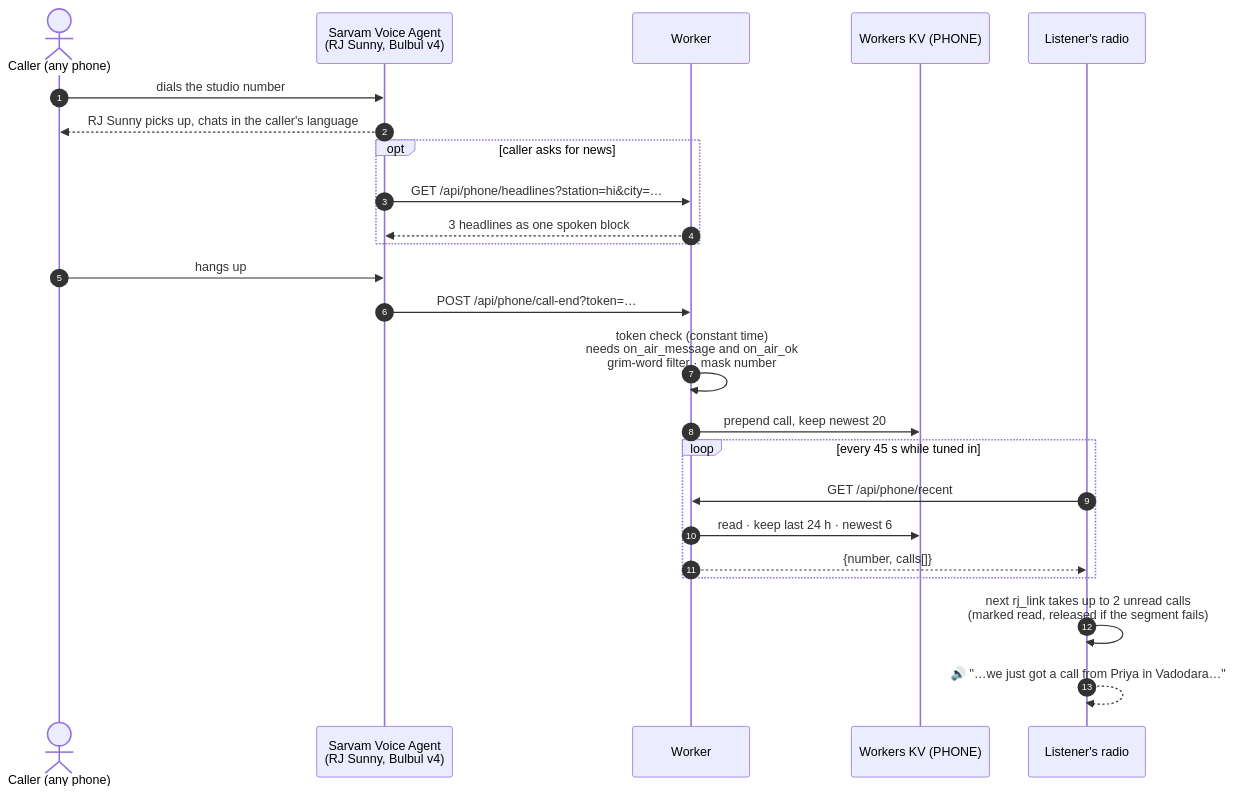
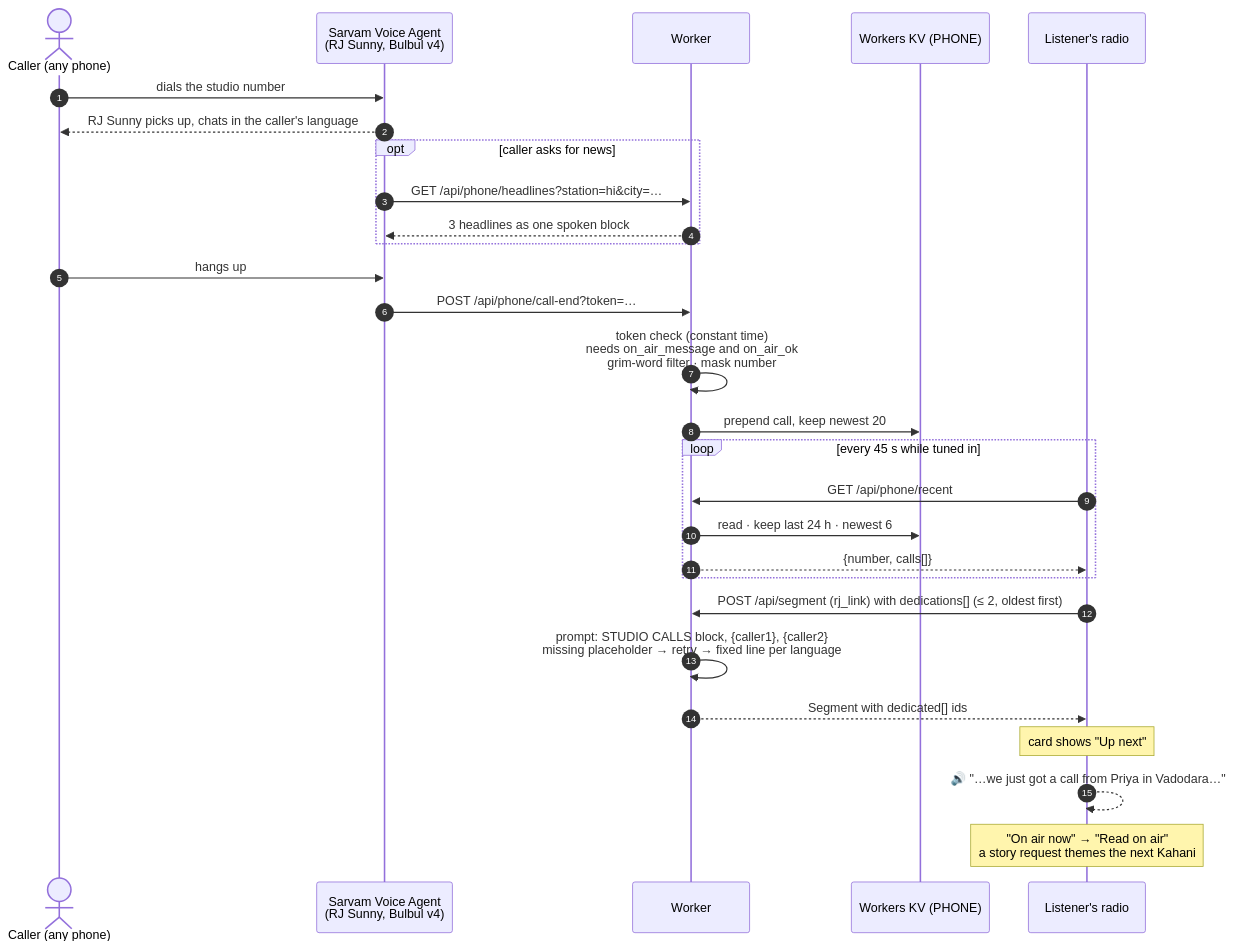
One commit to harshbhx/tarang-fm changed diagram 12 of 16 in docs/ARCHITECTURE.md. Above: the diagram before and after it, drawn with Mermaid. The commit also changed other lines of this file and 14 other files, not shown here.

First line of the commit message:
fix(phone): make the RJ read every studio call on air

````diff
--- a/docs/ARCHITECTURE.md
+++ b/docs/ARCHITECTURE.md
@@ -383,27 +383,31 @@
 ```mermaid
 sequenceDiagram
   autonumber
   actor P as Caller (any phone)
   participant VA as Sarvam Voice Agent<br/>(RJ Sunny, Bulbul v4)
   participant W as Worker
   participant KV as Workers KV (PHONE)
   participant C as Listener's radio
 
   P->>VA: dials the studio number
   VA-->>P: RJ Sunny picks up, chats in the caller's language
   opt caller asks for news
     VA->>W: GET /api/phone/headlines?station=hi&city=…
     W-->>VA: 3 headlines as one spoken block
   end
   P->>VA: hangs up
   VA->>W: POST /api/phone/call-end?token=…
   W->>W: token check (constant time)<br/>needs on_air_message and on_air_ok<br/>grim-word filter · mask number
   W->>KV: prepend call, keep newest 20
   loop every 45 s while tuned in
     C->>W: GET /api/phone/recent
     W->>KV: read · keep last 24 h · newest 6
     W-->>C: {number, calls[]}
   end
-  C->>C: next rj_link takes up to 2 unread calls<br/>(marked read, released if the segment fails)
+  C->>W: POST /api/segment (rj_link) with dedications[] (≤ 2, oldest first)
+  W->>W: prompt: STUDIO CALLS block, {caller1}, {caller2}<br/>missing placeholder → retry → fixed line per language
+  W-->>C: Segment with dedicated[] ids
+  Note over C: card shows "Up next"
   C-->>C: 🔊 "…we just got a call from Priya in Vadodara…"
+  Note over C: "On air now" → "Read on air"<br/>a story request themes the next Kahani
 ```
````
